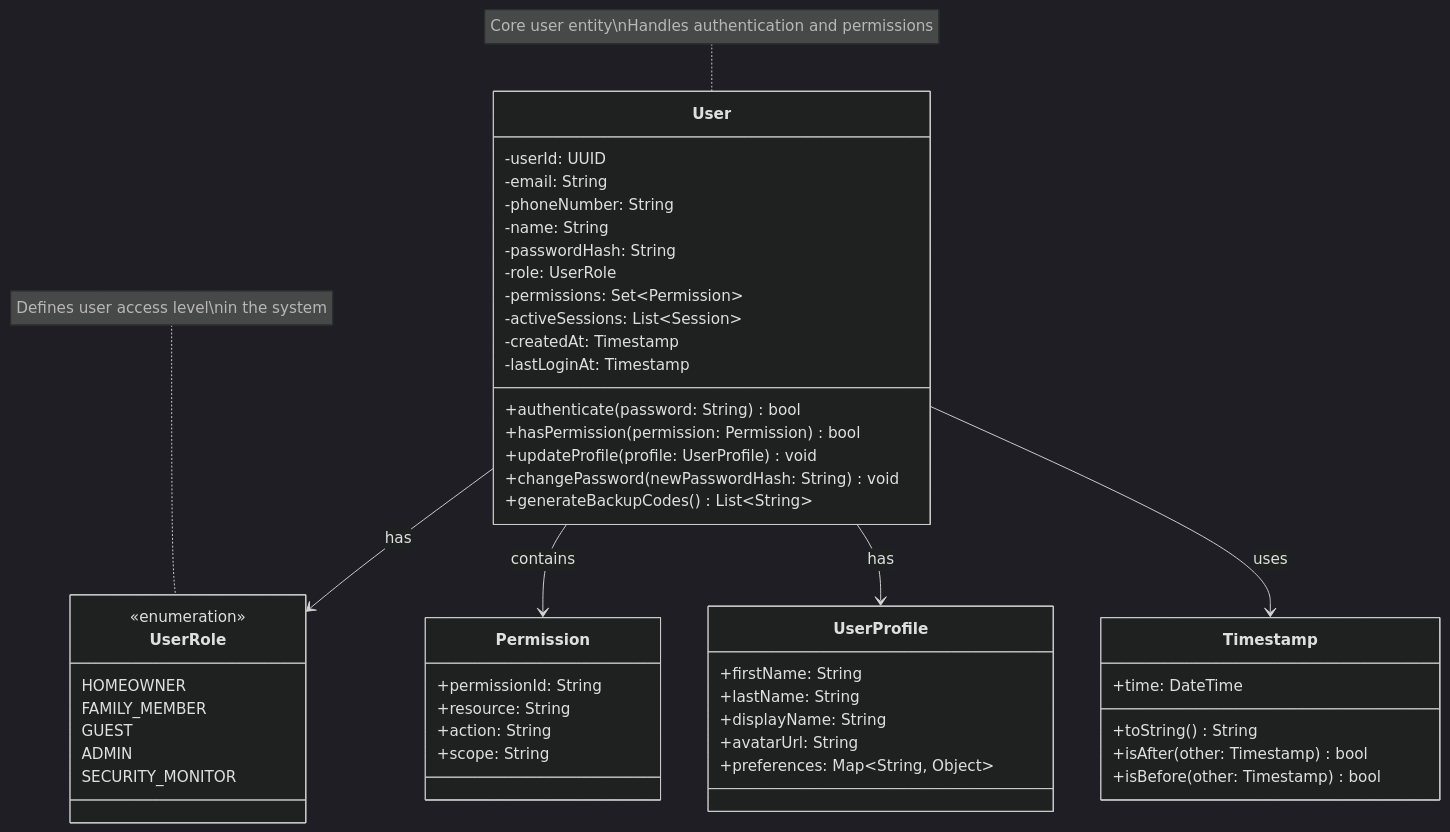
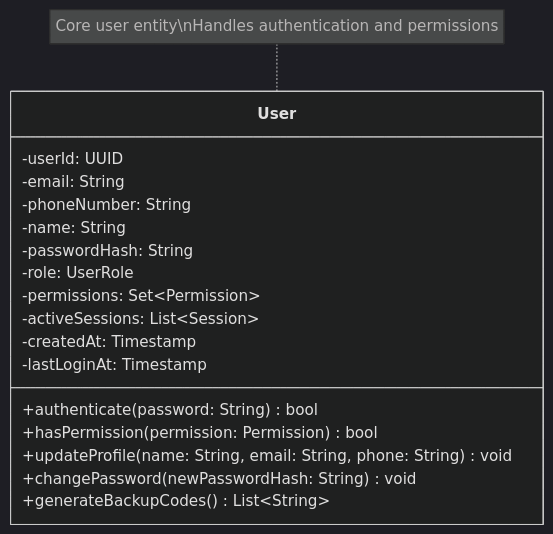
Before and after one commit to mj010101/swe_25f: the second of 14 diagrams in diagrams/data_layer_class_diagram.md, drawn with Mermaid (dark theme). The commit also changed other lines of this file and 4 other files, not shown here.

````diff
--- a/diagrams/data_layer_class_diagram.md
+++ b/diagrams/data_layer_class_diagram.md
@@ -80,61 +82,24 @@
 ```mermaid
 classDiagram
     direction TB
 
     class User {
         -userId: UUID
         -email: String
         -phoneNumber: String
         -name: String
         -passwordHash: String
         -role: UserRole
         -permissions: Set~Permission~
         -activeSessions: List~Session~
         -createdAt: Timestamp
         -lastLoginAt: Timestamp
         +authenticate(password: String) bool
         +hasPermission(permission: Permission) bool
-        +updateProfile(profile: UserProfile) void
+        +updateProfile(name: String, email: String, phone: String) void
         +changePassword(newPasswordHash: String) void
         +generateBackupCodes() List~String~
     }
 
-    class UserRole {
-        <<enumeration>>
-        HOMEOWNER
-        FAMILY_MEMBER
-        GUEST
-        ADMIN
-        SECURITY_MONITOR
-    }
-
-    class Permission {
-        +permissionId: String
-        +resource: String
-        +action: String
-        +scope: String
-    }
-
-    class UserProfile {
-        +firstName: String
-        +lastName: String
-        +displayName: String
-        +avatarUrl: String
-        +preferences: Map~String, Object~
-    }
-
-    class Timestamp {
-        +time: DateTime
-        +toString() String
-        +isAfter(other: Timestamp) bool
-        +isBefore(other: Timestamp) bool
-    }
-
-    User --> UserRole : has
-    User --> Permission : contains
-    User --> UserProfile : has
-    User --> Timestamp : uses
-
     note for User "Core user entity\nHandles authentication and permissions"
-    note for UserRole "Defines user access level\nin the system"
 ```
````
